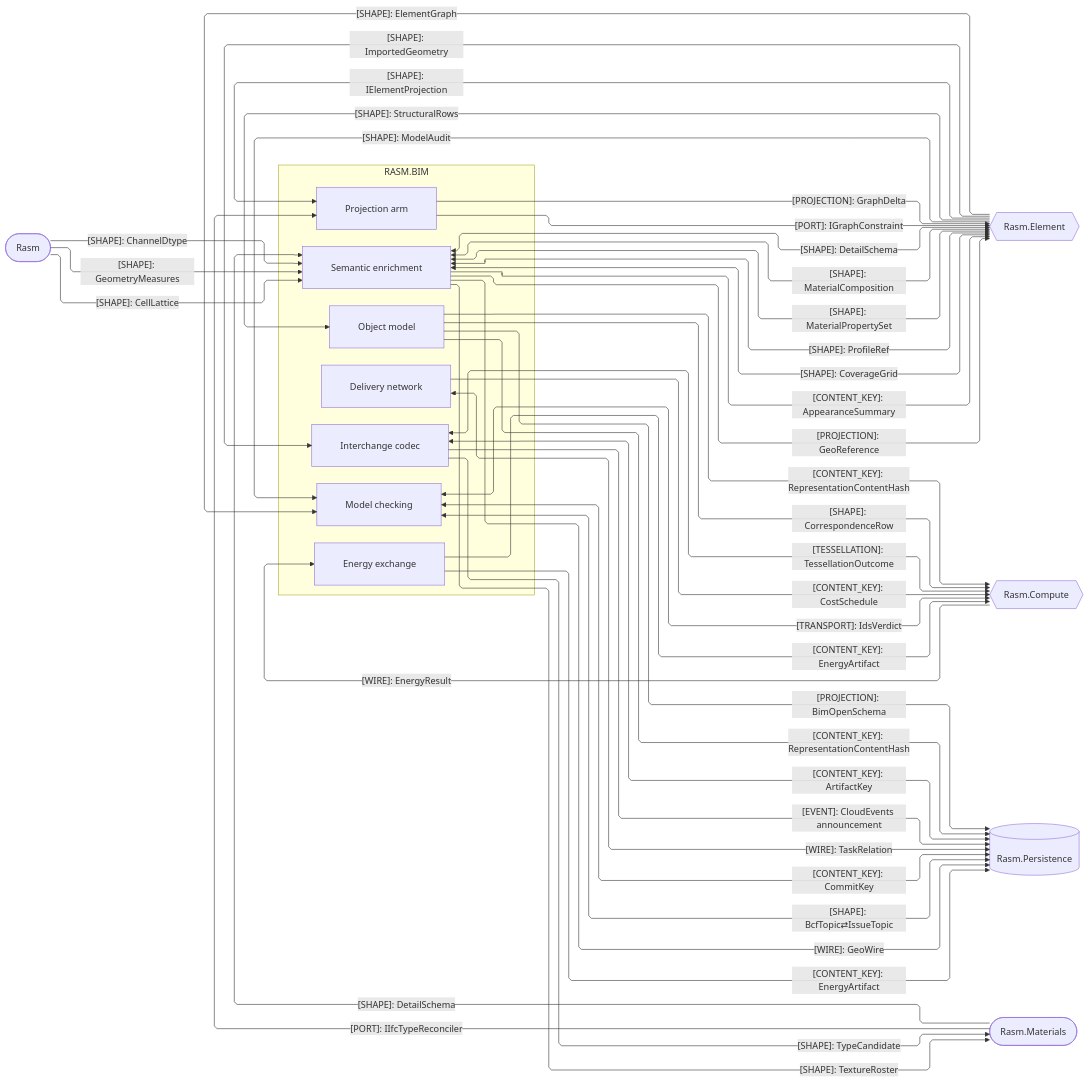
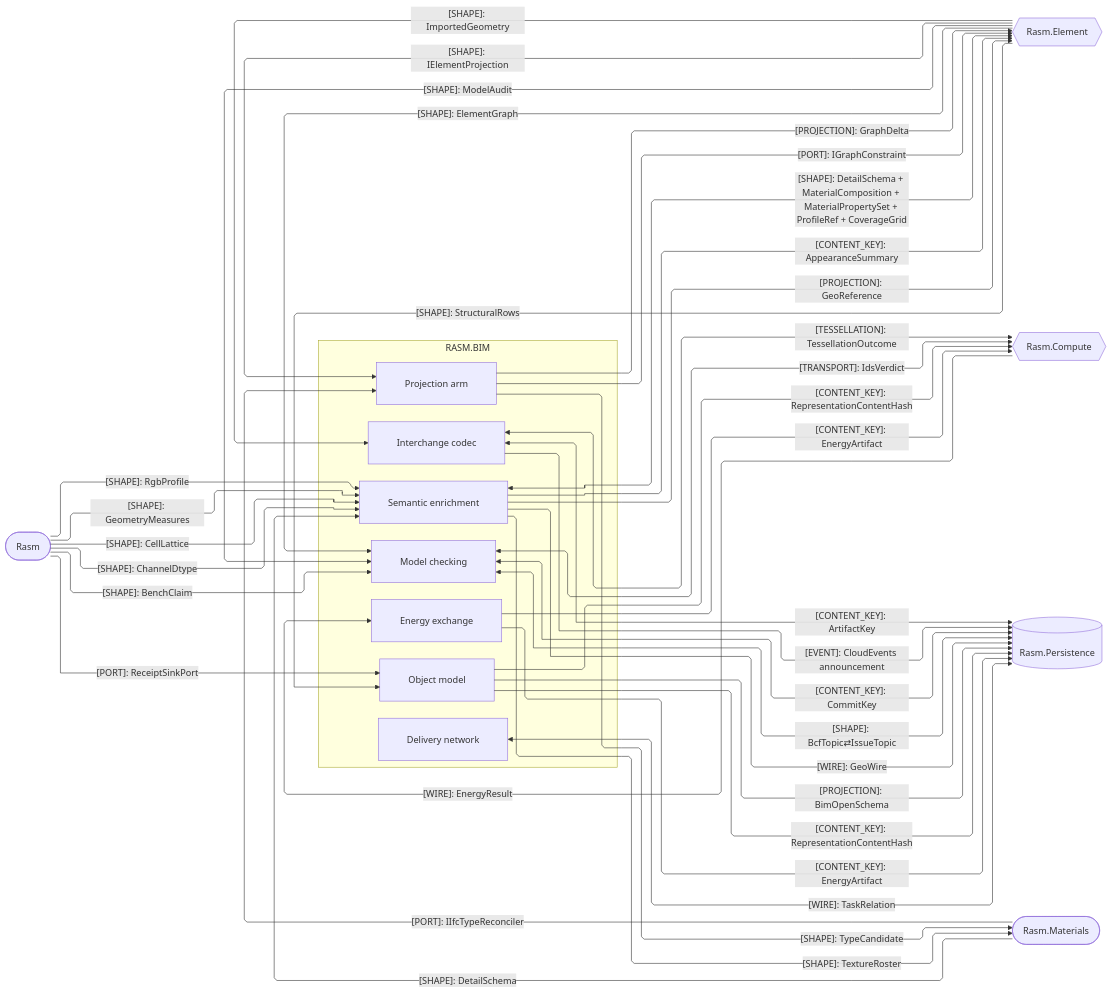
The second of 4 diagrams in libs/csharp/Rasm.Bim/ARCHITECTURE.md (bsamiee/Rasm), drawn with Mermaid before and after one commit. The commit also changed other lines of this file and 115 other files, not shown here.

First line of the commit message:
Land the index-doc, cross-libs planning, and manifest delta

````diff
--- a/libs/csharp/Rasm.Bim/ARCHITECTURE.md
+++ b/libs/csharp/Rasm.Bim/ARCHITECTURE.md
@@ -121,63 +135,60 @@
 ```mermaid
 ---
 config:
   layout: elk
   flowchart:
     curve: linear
     padding: 25
 ---
 flowchart LR
     accTitle: Bim same-branch domain and storage seams
     accDescr: Bim sub-domain owners exchanging projections, content keys, and tessellation with the same-branch AEC peers and the durable store.
     subgraph bim[RASM.BIM]
         Projection[Projection arm]
         Model[Object model]
         Semantics[Semantic enrichment]
         Exchange[Interchange codec]
         Review[Model checking]
         Energy[Energy exchange]
         Planning[Delivery network]
     end
     Element{{Rasm.Element}}
     Compute{{Rasm.Compute}}
     Persistence[(Rasm.Persistence)]
     Materials([Rasm.Materials])
     Rasm([Rasm])
-    Element -->|"[SHAPE]: IElementProjection"| Projection
-    Projection -->|"[PROJECTION]: GraphDelta"| Element
-    Projection -->|"[PORT]: IGraphConstraint"| Element
-    Element -->|"[SHAPE]: ImportedGeometry"| Exchange
-    Element -->|"[SHAPE]: ElementGraph"| Review
-    Semantics <-->|"[SHAPE]: DetailSchema"| Element
-    Semantics <-->|"[SHAPE]: MaterialComposition"| Element
-    Semantics <-->|"[SHAPE]: MaterialPropertySet"| Element
-    Semantics <-->|"[SHAPE]: ProfileRef"| Element
-    Semantics <-->|"[SHAPE]: CoverageGrid"| Element
-    Semantics -->|"[CONTENT_KEY]: AppearanceSummary"| Element
-    Semantics -->|"[PROJECTION]: GeoReference"| Element
-    Element -->|"[SHAPE]: StructuralRows"| Model
-    Element -->|"[SHAPE]: ModelAudit"| Review
-    Materials -->|"[PORT]: IIfcTypeReconciler"| Projection
-    Exchange -->|"[SHAPE]: TypeCandidate"| Materials
-    Semantics -->|"[SHAPE]: TextureRoster"| Materials
-    Materials -->|"[SHAPE]: DetailSchema"| Semantics
-    Rasm -->|"[SHAPE]: GeometryMeasures"| Semantics
-    Rasm -->|"[SHAPE]: CellLattice"| Semantics
-    Rasm -->|"[SHAPE]: ChannelDtype"| Semantics
-    Model -->|"[CONTENT_KEY]: RepresentationContentHash"| Compute
-    Model -->|"[SHAPE]: CorrespondenceRow"| Compute
-    Exchange <-->|"[TESSELLATION]: TessellationOutcome"| Compute
-    Review <-->|"[TRANSPORT]: IdsVerdict"| Compute
-    Planning -->|"[CONTENT_KEY]: CostSchedule"| Compute
-    Energy -->|"[CONTENT_KEY]: EnergyArtifact"| Compute
-    Compute -->|"[WIRE]: EnergyResult"| Energy
-    Model -->|"[PROJECTION]: BimOpenSchema"| Persistence
-    Model -->|"[CONTENT_KEY]: RepresentationContentHash"| Persistence
-    Exchange <-->|"[CONTENT_KEY]: ArtifactKey"| Persistence
-    Exchange -->|"[EVENT]: CloudEvents announcement"| Persistence
-    Review <-->|"[CONTENT_KEY]: CommitKey"| Persistence
-    Review <-->|"[SHAPE]: BcfTopic⇄IssueTopic"| Persistence
-    Energy -->|"[CONTENT_KEY]: EnergyArtifact"| Persistence
-    Planning <-->|"[WIRE]: TaskRelation"| Persistence
-    Semantics -->|"[WIRE]: GeoWire"| Persistence
+    Element e1@-->|"[SHAPE]: IElementProjection"| Projection
+    Projection e2@-->|"[PROJECTION]: GraphDelta"| Element
+    Projection e3@-->|"[PORT]: IGraphConstraint"| Element
+    Element e4@-->|"[SHAPE]: ImportedGeometry"| Exchange
+    Element e5@-->|"[SHAPE]: ElementGraph"| Review
+    Semantics e6@<-->|"[SHAPE]: DetailSchema + MaterialComposition + MaterialPropertySet + ProfileRef + CoverageGrid"| Element
+    Semantics e7@-->|"[CONTENT_KEY]: AppearanceSummary"| Element
+    Semantics e8@-->|"[PROJECTION]: GeoReference"| Element
+    Element e9@-->|"[SHAPE]: StructuralRows"| Model
+    Element e10@-->|"[SHAPE]: ModelAudit"| Review
+    Materials e11@-->|"[PORT]: IIfcTypeReconciler"| Projection
+    Projection e12@-->|"[SHAPE]: TypeCandidate"| Materials
+    Semantics e13@-->|"[SHAPE]: TextureRoster"| Materials
+    Materials e14@-->|"[SHAPE]: DetailSchema"| Semantics
+    Rasm e15@-->|"[SHAPE]: GeometryMeasures"| Semantics
+    Rasm e16@-->|"[SHAPE]: CellLattice"| Semantics
+    Rasm e17@-->|"[SHAPE]: ChannelDtype"| Semantics
+    Rasm e18@-->|"[SHAPE]: RgbProfile"| Semantics
+    Rasm e19@-->|"[SHAPE]: BenchClaim"| Review
+    Rasm e20@-->|"[PORT]: ReceiptSinkPort"| Model
+    Model e21@-->|"[CONTENT_KEY]: RepresentationContentHash"| Compute
+    Exchange e22@<-->|"[TESSELLATION]: TessellationOutcome"| Compute
+    Review e23@<-->|"[TRANSPORT]: IdsVerdict"| Compute
+    Energy e24@-->|"[CONTENT_KEY]: EnergyArtifact"| Compute
+    Compute e25@-->|"[WIRE]: EnergyResult"| Energy
+    Model e26@-->|"[PROJECTION]: BimOpenSchema"| Persistence
+    Model e27@-->|"[CONTENT_KEY]: RepresentationContentHash"| Persistence
+    Exchange e28@<-->|"[CONTENT_KEY]: ArtifactKey"| Persistence
+    Exchange e29@-->|"[EVENT]: CloudEvents announcement"| Persistence
+    Review e30@<-->|"[CONTENT_KEY]: CommitKey"| Persistence
+    Review e31@<-->|"[SHAPE]: BcfTopic⇄IssueTopic"| Persistence
+    Energy e32@-->|"[CONTENT_KEY]: EnergyArtifact"| Persistence
+    Planning e33@<-->|"[WIRE]: TaskRelation"| Persistence
+    Semantics e34@-->|"[WIRE]: GeoWire"| Persistence
 ```
````
